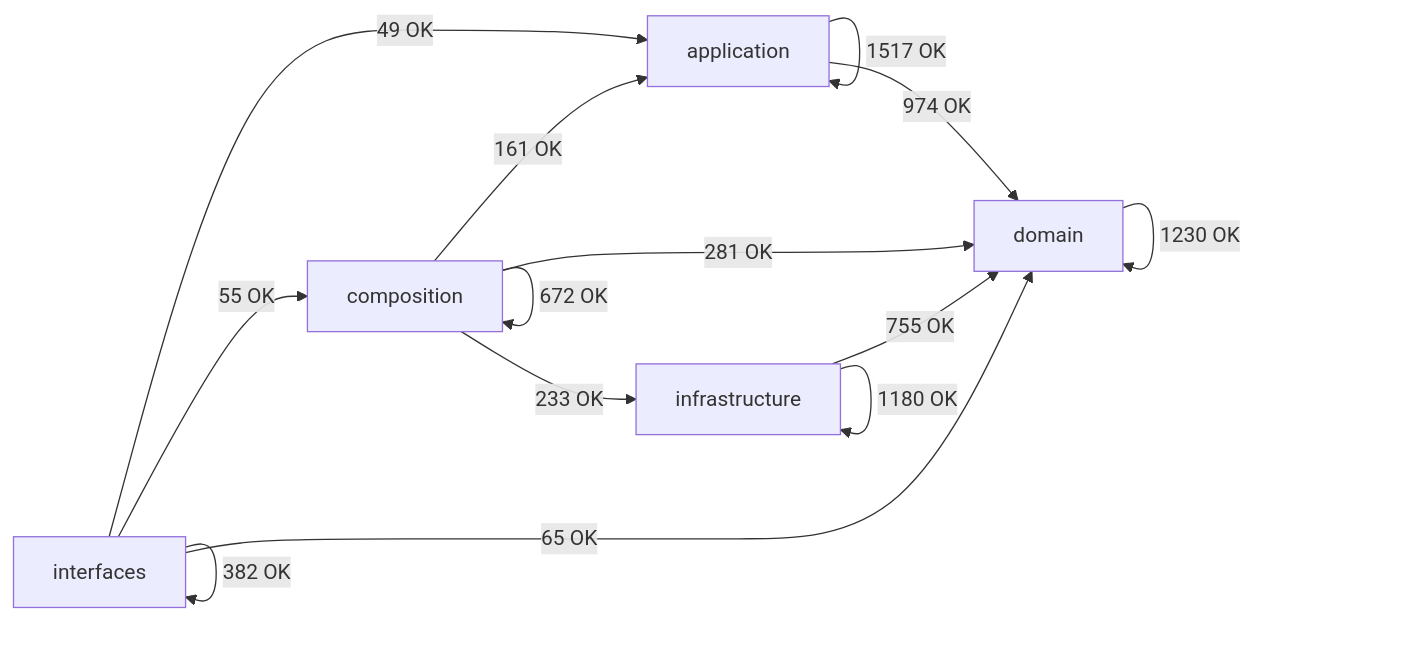
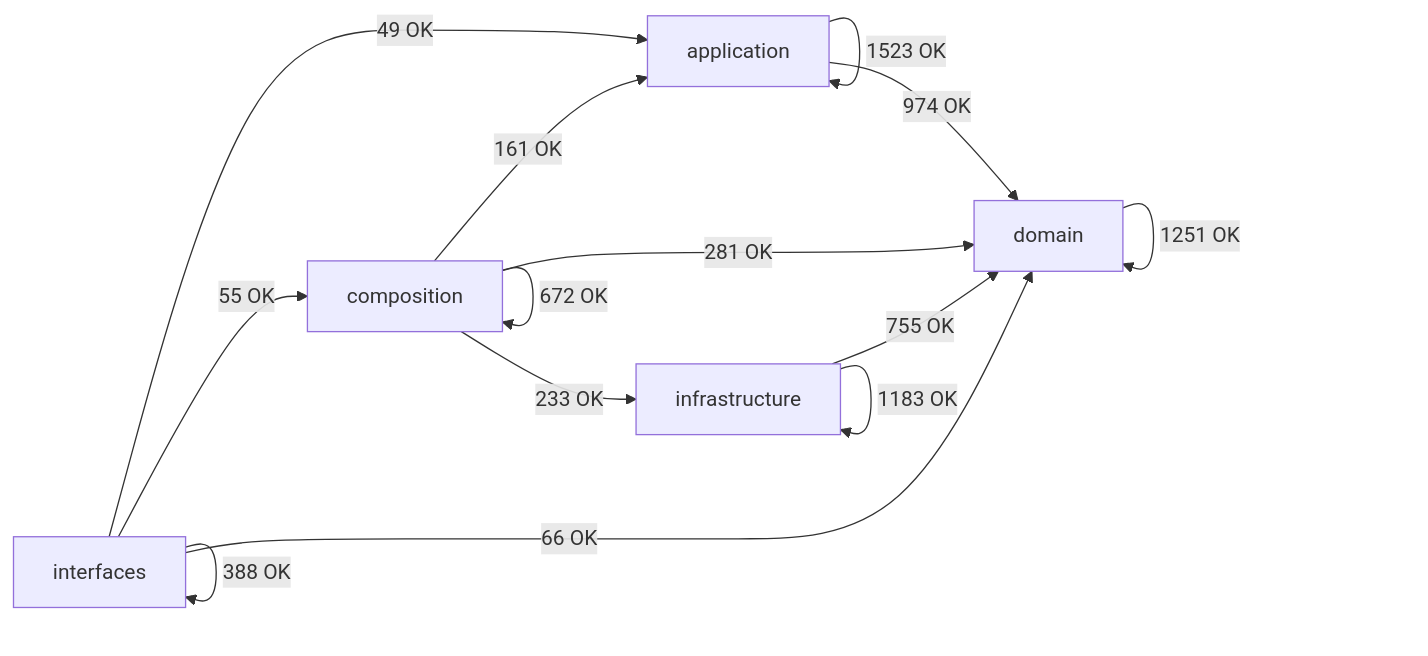
The diagram in docs/02-architecture/generated/module-dependency-map.md (SatoryKono/BioactivityDataAcquisition), drawn with Mermaid before and after one commit. The commit also changed other lines of this file and 1 other file, not shown here.

First line of the commit message:
docs(architecture): refresh module-dependency-map for origin/main

````diff
--- a/docs/02-architecture/generated/module-dependency-map.md
+++ b/docs/02-architecture/generated/module-dependency-map.md
@@ -17,21 +17,21 @@
 ```mermaid
 flowchart LR
     domain[domain]
     application[application]
     infrastructure[infrastructure]
     composition[composition]
     interfaces[interfaces]
-    application -->|1517 OK| application
+    application -->|1523 OK| application
     application -->|974 OK| domain
     composition -->|161 OK| application
     composition -->|672 OK| composition
     composition -->|281 OK| domain
     composition -->|233 OK| infrastructure
-    domain -->|1230 OK| domain
+    domain -->|1251 OK| domain
     infrastructure -->|755 OK| domain
-    infrastructure -->|1180 OK| infrastructure
+    infrastructure -->|1183 OK| infrastructure
     interfaces -->|49 OK| application
     interfaces -->|55 OK| composition
-    interfaces -->|65 OK| domain
-    interfaces -->|382 OK| interfaces
+    interfaces -->|66 OK| domain
+    interfaces -->|388 OK| interfaces
 ```
````
